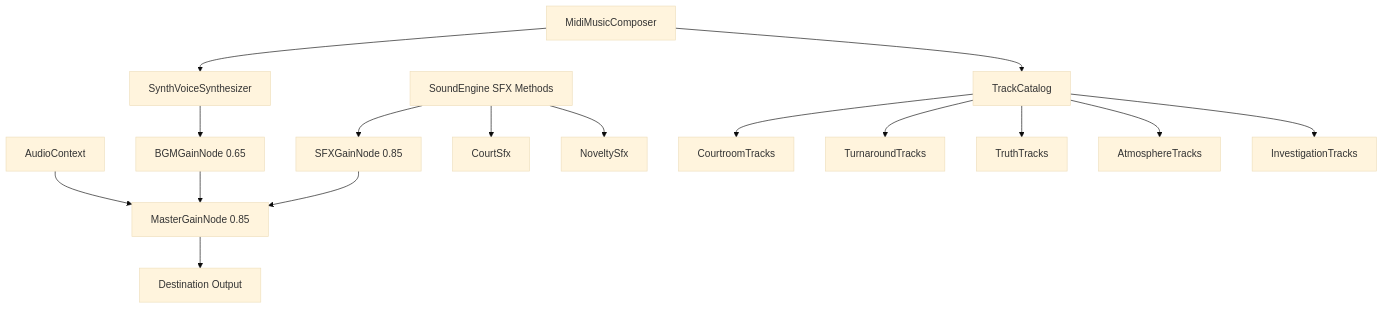
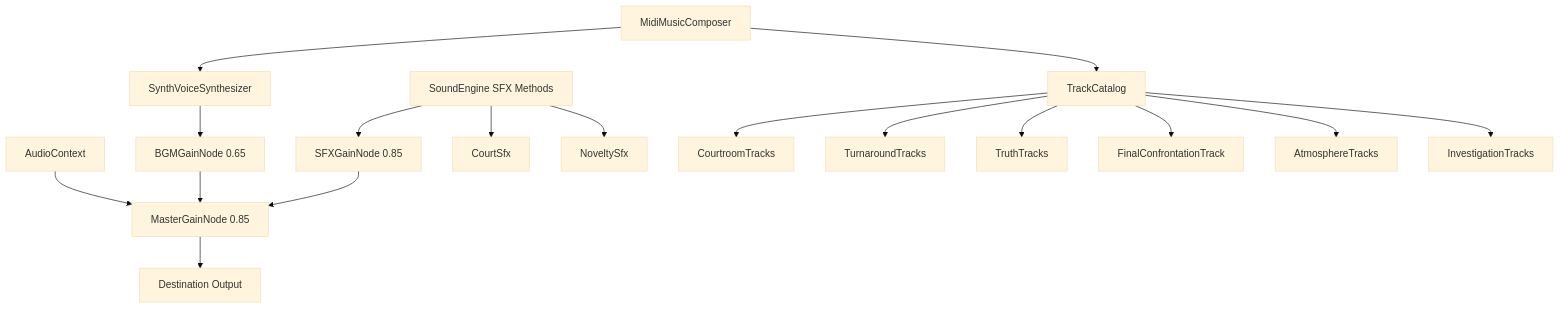
The diagram in docs/architecture/audio-system.md (luisoncpp/aa-chapulin), drawn with Mermaid (base theme) before and after one commit. The commit also changed other lines of this file and 69 other files, not shown here.

````diff
--- a/docs/architecture/audio-system.md
+++ b/docs/architecture/audio-system.md
@@ -9,21 +9,22 @@
 ```mermaid
 flowchart TD
     AC[AudioContext] --> Master[MasterGainNode 0.85]
     Master --> Dest[Destination Output]
     
     BGMGain[BGMGainNode 0.65] --> Master
     SFXGain[SFXGainNode 0.85] --> Master
     
     Composer[MidiMusicComposer] --> VoiceSynth[SynthVoiceSynthesizer]
     VoiceSynth --> BGMGain
     SFX[SoundEngine SFX Methods] --> SFXGain
     
     SFX --> CourtSfx[CourtSfx]
     SFX --> NoveltySfx[NoveltySfx]
     Composer --> TrackCatalog[TrackCatalog]
     TrackCatalog --> CourtroomTracks[CourtroomTracks]
     TrackCatalog --> TurnaroundTracks[TurnaroundTracks]
     TrackCatalog --> TruthTracks[TruthTracks]
+    TrackCatalog --> FinalConfrontationTrack[FinalConfrontationTrack]
     TrackCatalog --> AtmosphereTracks[AtmosphereTracks]
     TrackCatalog --> InvestigationTracks[InvestigationTracks]
 ```
````
